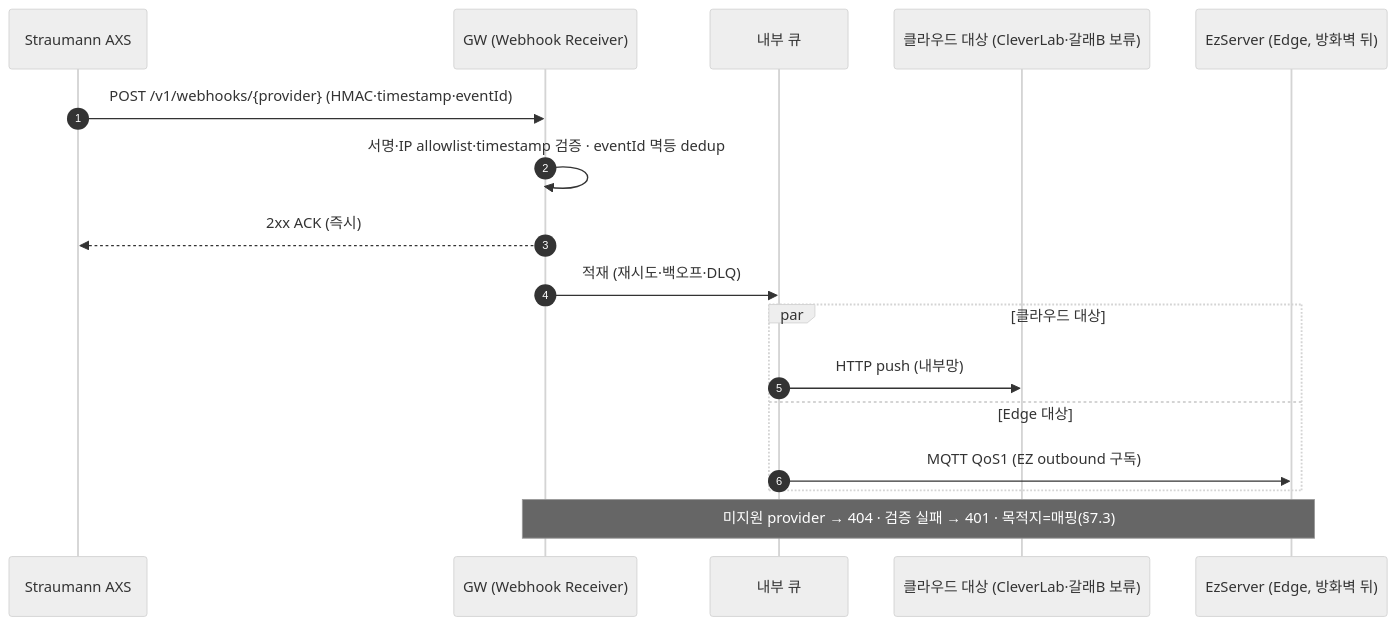
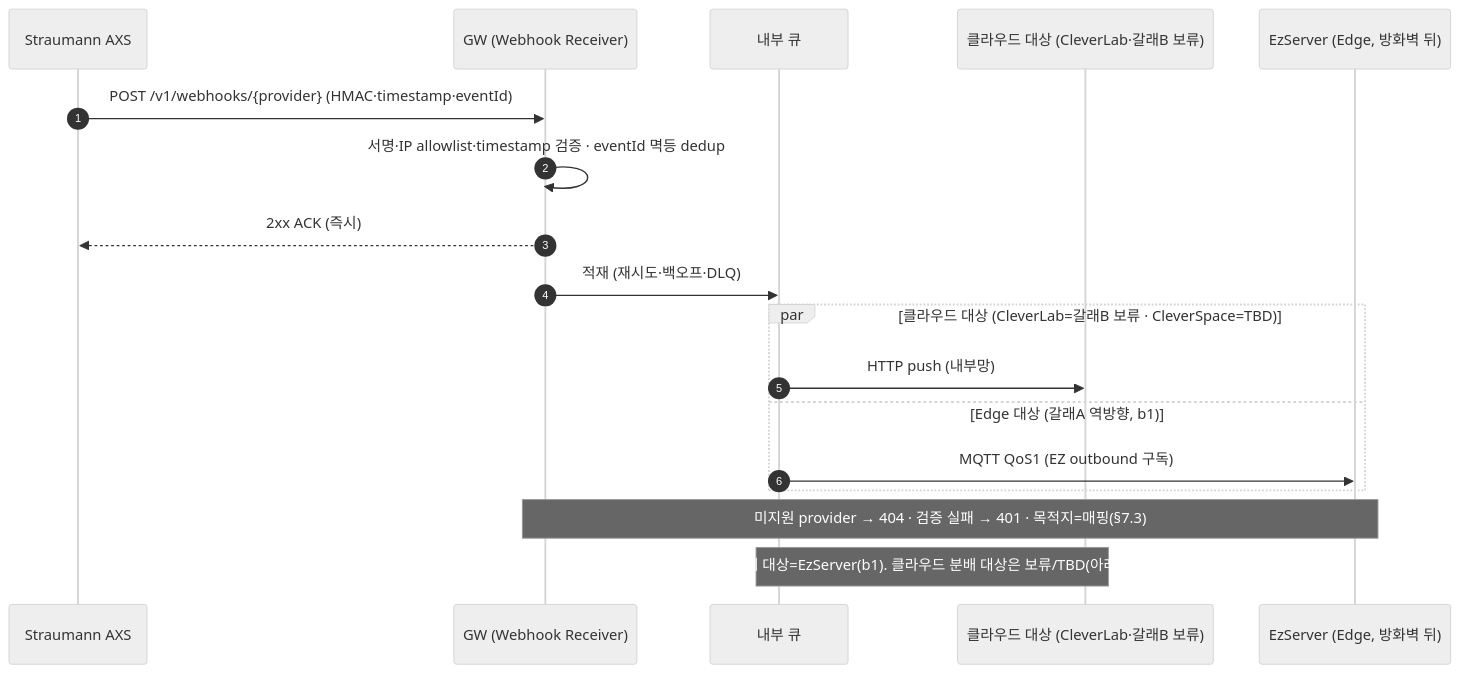
The ninth of 10 diagrams in docs/VT_API_Gateway/08.VT_API_Gateway/specs/03-srs-gateway/SRS.md (gracegyu/scp-architecture), drawn with Mermaid (neutral theme) before and after one commit. The commit also changed other lines of this file and 1 other file, not shown here.

````diff
--- a/docs/VT_API_Gateway/08.VT_API_Gateway/specs/03-srs-gateway/SRS.md
+++ b/docs/VT_API_Gateway/08.VT_API_Gateway/specs/03-srs-gateway/SRS.md
@@ -471,19 +470,20 @@
 ```mermaid
 sequenceDiagram
     autonumber
     participant AXS as Straumann AXS
     participant WH as GW (Webhook Receiver)
     participant Q as 내부 큐
     participant CL as 클라우드 대상 (CleverLab·갈래B 보류)
     participant EZ as EzServer (Edge, 방화벽 뒤)
     AXS->>WH: POST /v1/webhooks/{provider} (HMAC·timestamp·eventId)
     WH->>WH: 서명·IP allowlist·timestamp 검증 · eventId 멱등 dedup
     WH-->>AXS: 2xx ACK (즉시)
     WH->>Q: 적재 (재시도·백오프·DLQ)
-    par 클라우드 대상
+    par 클라우드 대상 (CleverLab=갈래B 보류 · CleverSpace=TBD)
         Q->>CL: HTTP push (내부망)
-    and Edge 대상
+    and Edge 대상 (갈래A 역방향, b1)
         Q->>EZ: MQTT QoS1 (EZ outbound 구독)
     end
     Note over WH,EZ: 미지원 provider → 404 · 검증 실패 → 401 · 목적지=매핑(§7.3)
+    Note over Q,CL: 현 v1.0 구체 대상=EzServer(b1). 클라우드 분배 대상은 보류/TBD(아래 표·§7.6.5)
 ```
````
